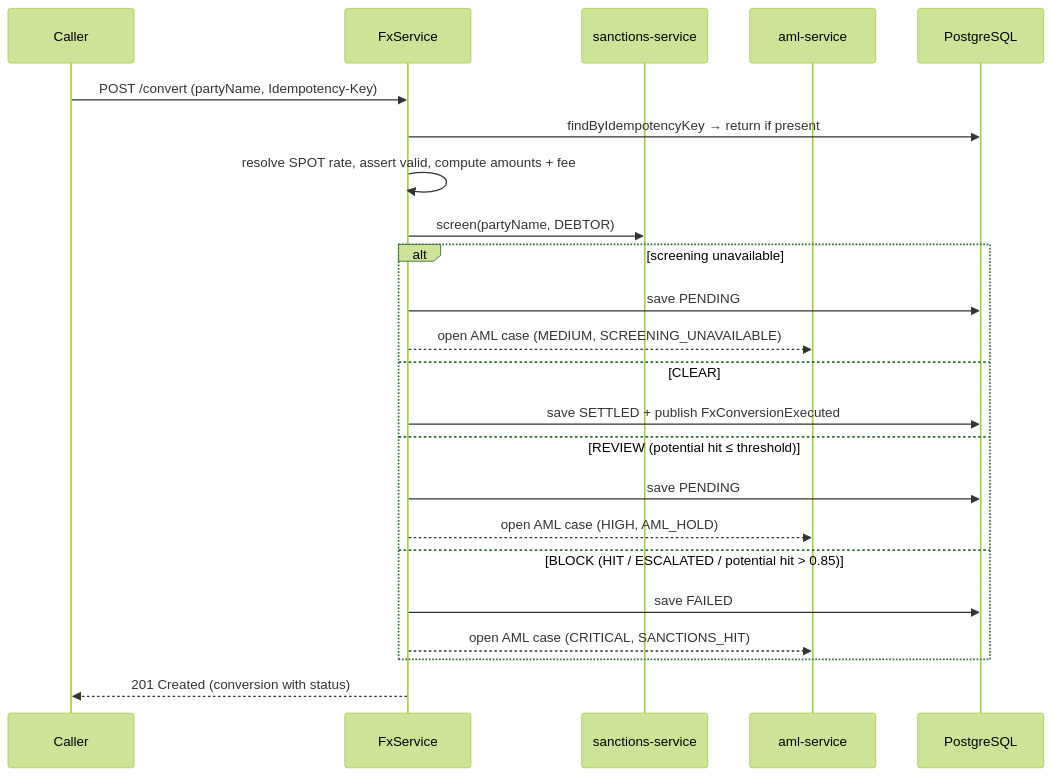
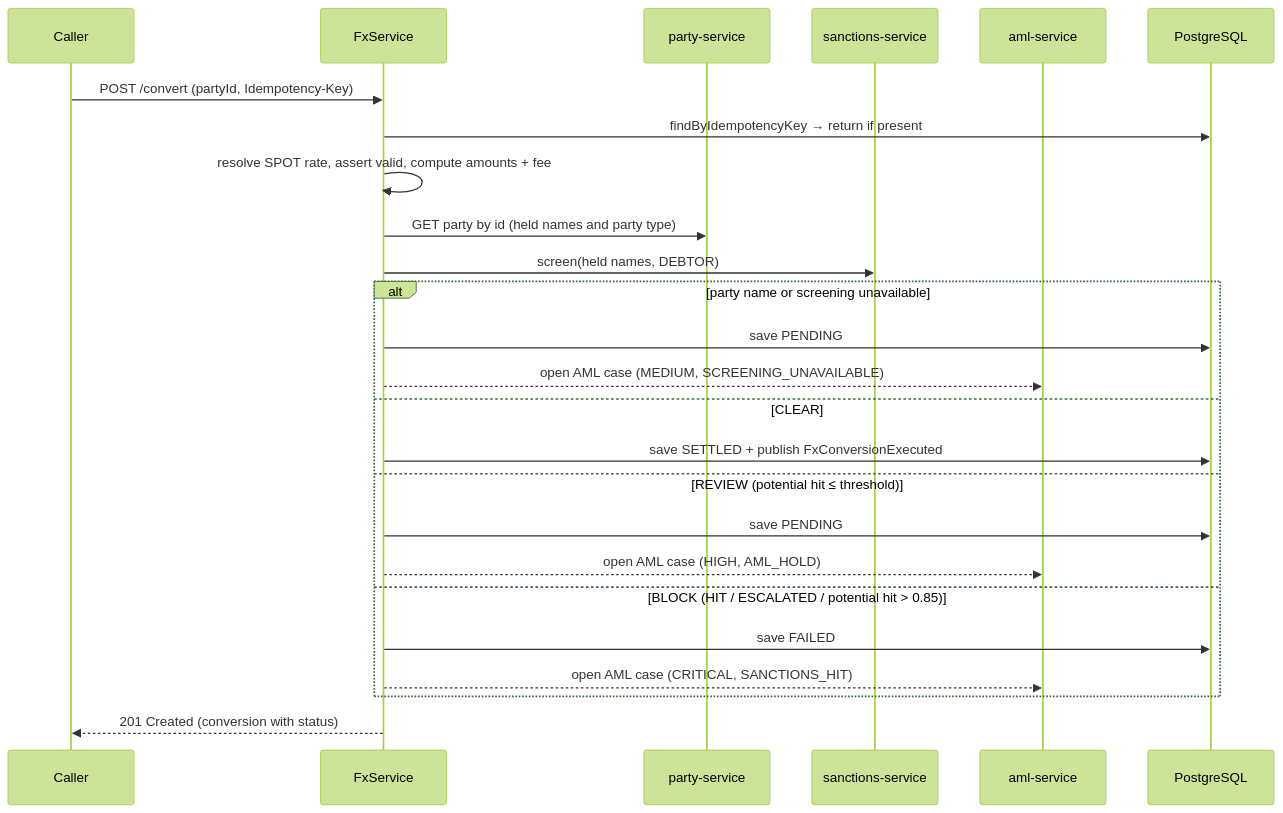
One commit to JiRaska/open-bank-oss changed the third of 4 diagrams in openbank-fx-service/src/main/resources/docs/02-architecture.en.md. Above: the diagram before and after it, drawn with Mermaid (forest theme). The commit also changed 27 other files, not shown here.

First line of the commit message:
fix(fx): screen the names the bank holds on the convert path, not the caller's

````diff
--- a/openbank-fx-service/src/main/resources/docs/02-architecture.en.md
+++ b/openbank-fx-service/src/main/resources/docs/02-architecture.en.md
@@ -89,26 +89,28 @@
 ```mermaid
 sequenceDiagram
   participant C as Caller
   participant FX as FxService
+  participant P as party-service
   participant S as sanctions-service
   participant A as aml-service
   participant DB as PostgreSQL
 
-  C->>FX: POST /convert (partyName, Idempotency-Key)
+  C->>FX: POST /convert (partyId, Idempotency-Key)
   FX->>DB: findByIdempotencyKey → return if present
   FX->>FX: resolve SPOT rate, assert valid, compute amounts + fee
-  FX->>S: screen(partyName, DEBTOR)
-  alt screening unavailable
+  FX->>P: GET party by id (held names and party type)
+  FX->>S: screen(held names, DEBTOR)
+  alt party name or screening unavailable
     FX->>DB: save PENDING
     FX-->>A: open AML case (MEDIUM, SCREENING_UNAVAILABLE)
   else CLEAR
     FX->>DB: save SETTLED + publish FxConversionExecuted
   else REVIEW (potential hit ≤ threshold)
     FX->>DB: save PENDING
     FX-->>A: open AML case (HIGH, AML_HOLD)
   else BLOCK (HIT / ESCALATED / potential hit > 0.85)
     FX->>DB: save FAILED
     FX-->>A: open AML case (CRITICAL, SANCTIONS_HIT)
   end
   FX-->>C: 201 Created (conversion with status)
 ```
````
